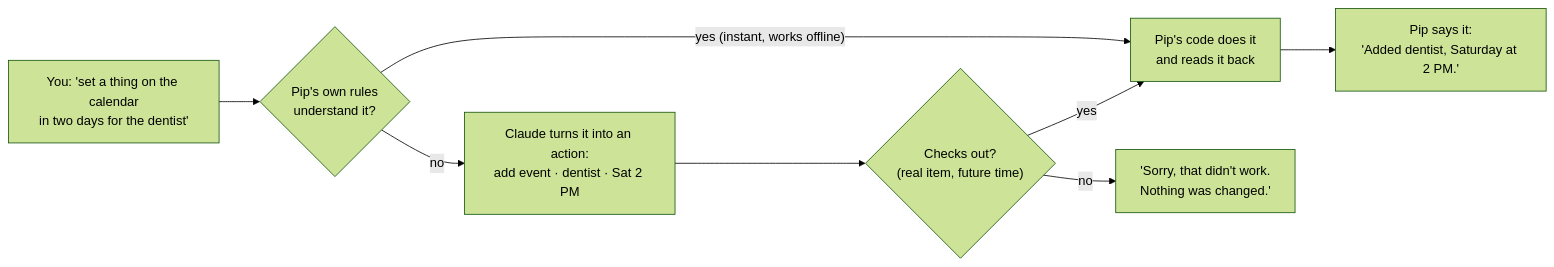
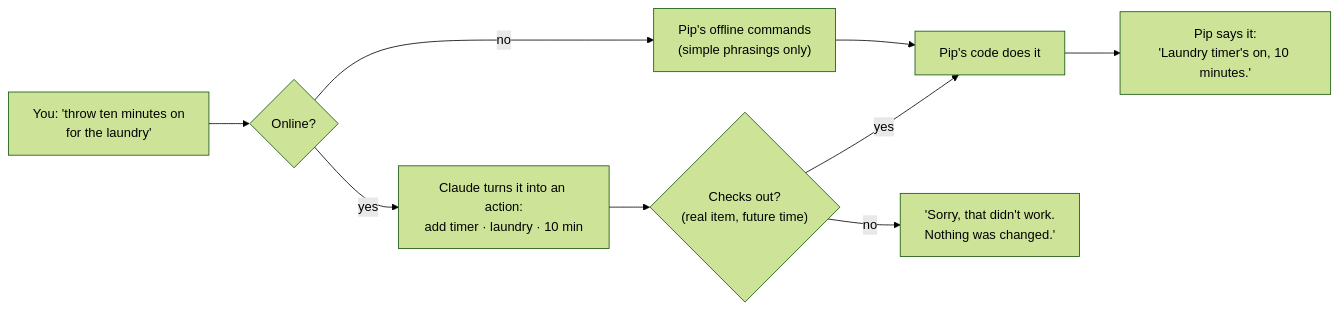
One commit to LandenHeine17/pip changed the fourth of 7 diagrams in docs/PIP-SPEC.md. Above: the diagram before and after it, drawn with Mermaid (forest theme). The commit also changed other lines of this file and 21 other files, not shown here.

````diff
--- a/docs/PIP-SPEC.md
+++ b/docs/PIP-SPEC.md
@@ -126,10 +124,11 @@
 ```mermaid
 flowchart LR
-    Y["You: 'set a thing on the calendar<br/>in two days for the dentist'"] --> R{"Pip's own rules<br/>understand it?"}
-    R -- "yes (instant, works offline)" --> DO["Pip's code does it<br/>and reads it back"]
-    R -- "no" --> C["Claude turns it into an action:<br/>add event · dentist · Sat 2 PM"]
+    Y["You: 'throw ten minutes on<br/>for the laundry'"] --> O{"Online?"}
+    O -- "yes" --> C["Claude turns it into an action:<br/>add timer · laundry · 10 min"]
+    O -- "no" --> R["Pip's offline commands<br/>(simple phrasings only)"]
     C --> CHK{"Checks out?<br/>(real item, future time)"}
-    CHK -- "yes" --> DO
+    CHK -- "yes" --> DO["Pip's code does it"]
     CHK -- "no" --> F["'Sorry, that didn't work.<br/>Nothing was changed.'"]
-    DO --> S["Pip says it:<br/>'Added dentist, Saturday at 2 PM.'"]
+    R --> DO
+    DO --> S["Pip says it:<br/>'Laundry timer's on, 10 minutes.'"]
 ```
````
